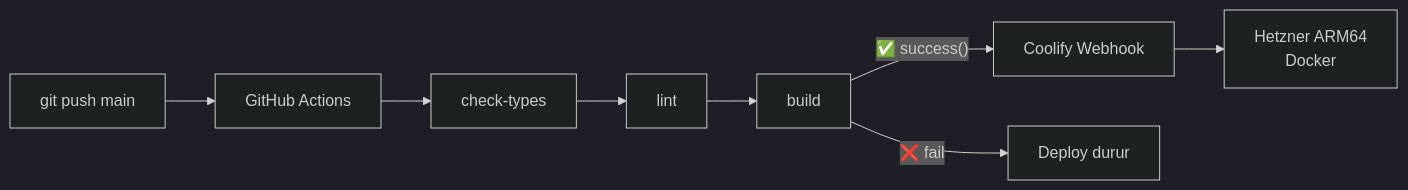
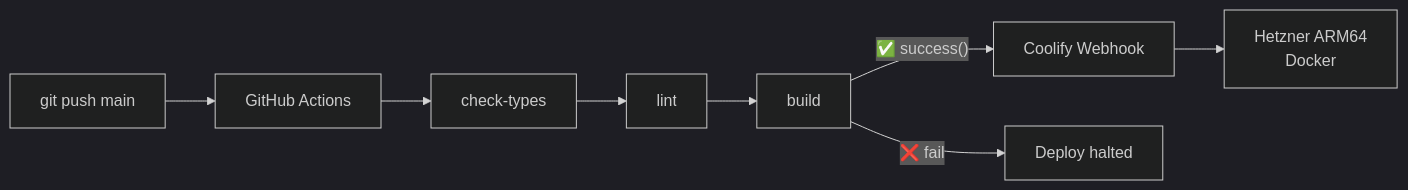
Before and after one commit to borayrdmc/Karma: the fourth of 4 diagrams in README.md, drawn with Mermaid (dark theme). The commit also changed other lines of this file and 1 other file, not shown here.

````diff
--- a/README.md
+++ b/README.md
@@ -251,10 +255,10 @@
 ```mermaid
 flowchart LR
     A["git push main"] --> B["GitHub Actions"]
     B --> C["check-types"]
     C --> D["lint"]
     D --> E["build"]
     E -->|"✅ success()"| F["Coolify Webhook"]
     F --> G["Hetzner ARM64<br/>Docker"]
-    E -->|"❌ fail"| H["Deploy durur"]
+    E -->|"❌ fail"| H["Deploy halted"]
 ```
````
